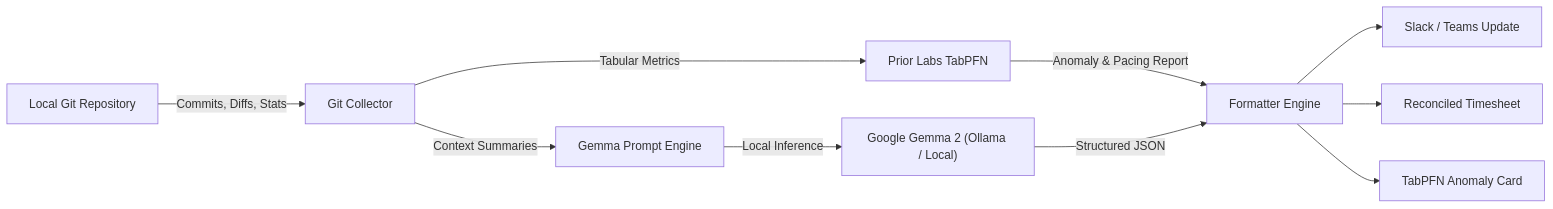
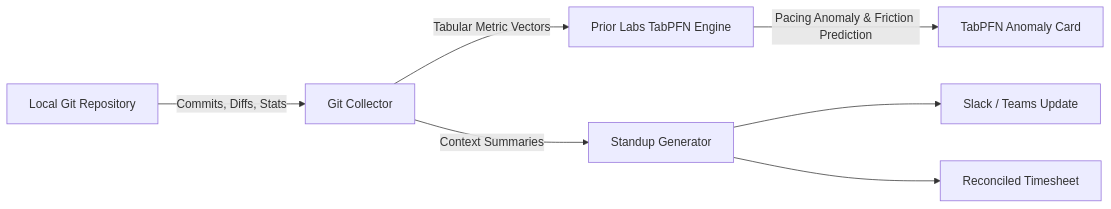
Before and after one commit to Nl-T-lN/slothstandup: the diagram in SUBMISSION.md, drawn with Mermaid. The commit also changed other lines of this file and 2 other files, not shown here.

Commit message:
feat: target Prior Labs TabPFN tabular foundation model for Hacktoberfest

````diff
--- a/SUBMISSION.md
+++ b/SUBMISSION.md
@@ -104,12 +104,9 @@
 ```mermaid
 flowchart LR
     A["Local Git Repository"] -->|"Commits, Diffs, Stats"| B["Git Collector"]
-    B -->|"Tabular Metrics"| C["Prior Labs TabPFN"]
-    C -->|"Anomaly & Pacing Report"| D["Formatter Engine"]
-    B -->|"Context Summaries"| E["Gemma Prompt Engine"]
-    E -->|"Local Inference"| F["Google Gemma 2 (Ollama / Local)"]
-    F -->|"Structured JSON"| D
-    D --> G["Slack / Teams Update"]
-    D --> H["Reconciled Timesheet"]
-    D --> I["TabPFN Anomaly Card"]
+    B -->|"Tabular Metric Vectors"| C["Prior Labs TabPFN Engine"]
+    C -->|"Pacing Anomaly & Friction Prediction"| D["TabPFN Anomaly Card"]
+    B -->|"Context Summaries"| E["Standup Generator"]
+    E --> F["Slack / Teams Update"]
+    E --> G["Reconciled Timesheet"]
 ```
````
